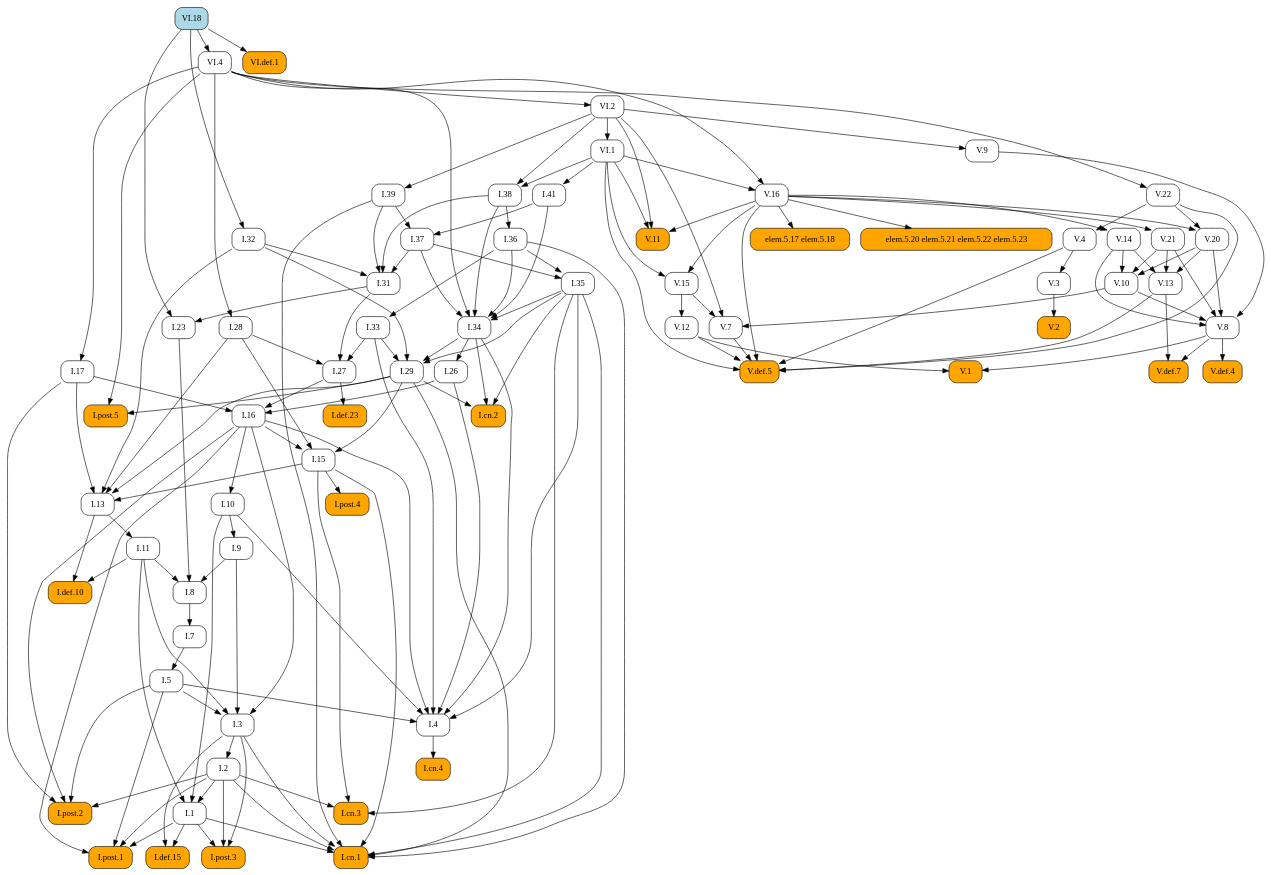
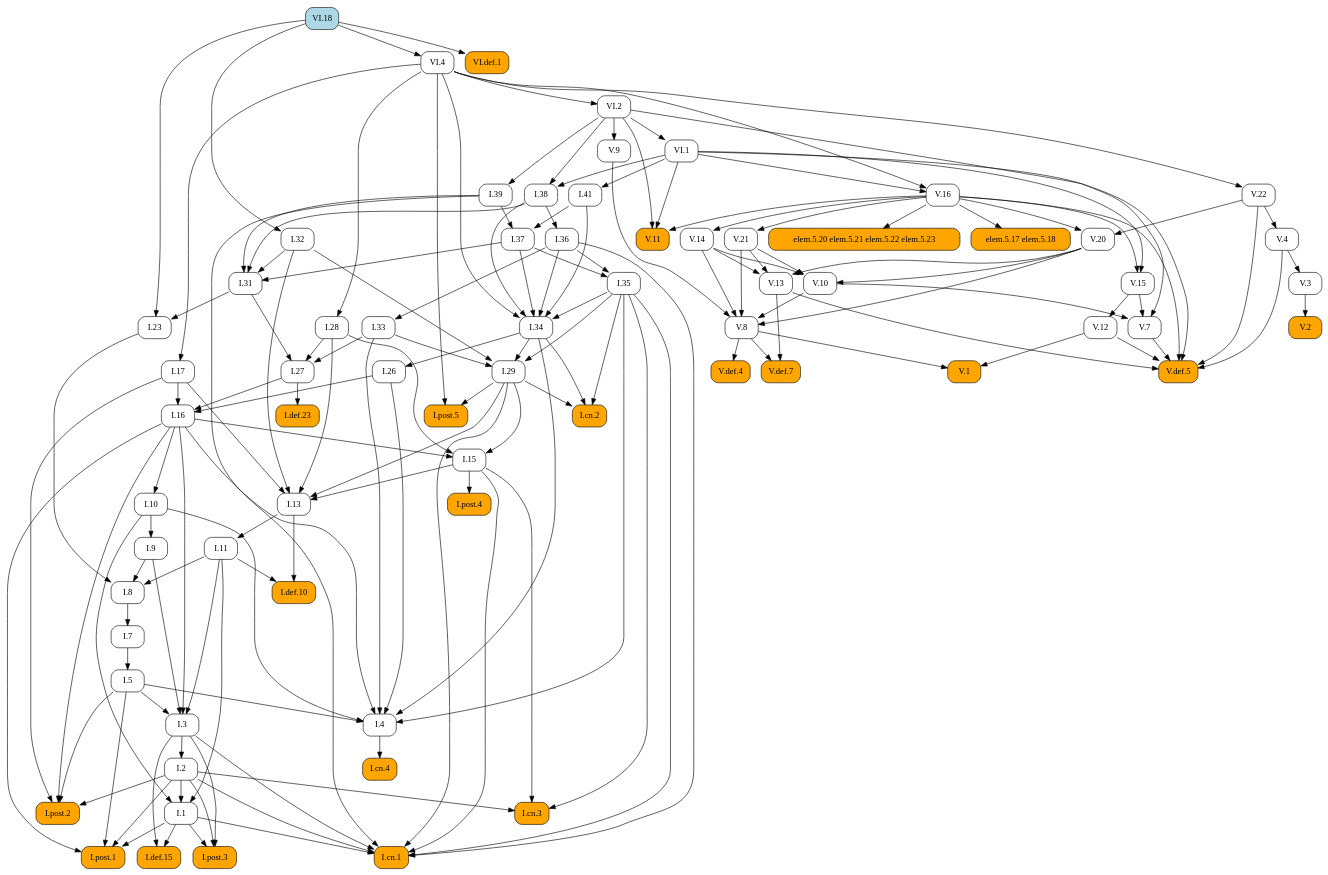
The diagram in docsrc/elements2/VI/18/index.rst (geometor/elements), drawn with Graphviz before and after one commit. The commit also changed other lines of this file and 409 other files, not shown here.

First line of the commit message:
feat: Add image cropping and graphic extraction script

```diff
--- a/docsrc/elements2/VI/18/index.rst
+++ b/docsrc/elements2/VI/18/index.rst
@@ -87,191 +87,95 @@
    digraph {
      rankdir="TB";
      node [shape=box, style=rounded];
+     "I.31" [URL="/elements2/I/31/", target="_top"];
+     "I.41" [URL="/elements2/I/41/", target="_top"];
      "I.8" [URL="/elements2/I/8/", target="_top"];
-     "V.20" [URL="/elements2/V/20/", target="_top"];
+     "V.10" [URL="/elements2/V/10/", target="_top"];
+     "I.15" [URL="/elements2/I/15/", target="_top"];
+     "VI.1" [URL="/elements2/VI/1/", target="_top"];
+     "V.8" [URL="/elements2/V/8/", target="_top"];
+     "I.26" [URL="/elements2/I/26/", target="_top"];
+     "I.cn.1" [style="rounded,filled", fillcolor=orange, URL="/elements2/I/cn.1/", target="_top"];
+     "elem.5.20 elem.5.21 elem.5.22 elem.5.23" [style="rounded,filled", fillcolor=orange];
+     "I.28" [URL="/elements2/I/28/", target="_top"];
+     "V.def.5" [style="rounded,filled", fillcolor=orange, URL="/elements2/V/def.5/", target="_top"];
+     "I.16" [URL="/elements2/I/16/", target="_top"];
+     "I.35" [URL="/elements2/I/35/", target="_top"];
+     "I.34" [URL="/elements2/I/34/", target="_top"];
+     "VI.18" [style="rounded,filled", fillcolor=lightblue, URL="/elements2/VI/18/", target="_top"];
+     "VI.4" [URL="/elements2/VI/4/", target="_top"];
+     "I.33" [URL="/elements2/I/33/", target="_top"];
+     "V.15" [URL="/elements2/V/15/", target="_top"];
+     "V.4" [URL="/elements2/V/4/", target="_top"];
+     "V.14" [URL="/elements2/V/14/", target="_top"];
+     "elem.5.17 elem.5.18" [style="rounded,filled", fillcolor=orange];
+     "V.3" [URL="/elements2/V/3/", target="_top"];
+     "I.def.15" [style="rounded,filled", fillcolor=orange, URL="/elements2/I/def.15/", target="_top"];
+     "I.11" [URL="/elements2/I/11/", target="_top"];
+     "V.11" [style="rounded,filled", fillcolor=orange, URL="/elements2/V/11/", target="_top"];
+     "I.cn.3" [style="rounded,filled", fillcolor=orange, URL="/elements2/I/cn.3/", target="_top"];
+     "I.9" [URL="/elements2/I/9/", target="_top"];
+     "I.29" [URL="/elements2/I/29/", target="_top"];
+     "V.13" [URL="/elements2/V/13/", target="_top"];
      "I.36" [URL="/elements2/I/36/", target="_top"];
-     "V.def.5" [style="rounded,filled", fillcolor=orange, URL="/elements2/V/def.5/", target="_top"];
-     "I.38" [URL="/elements2/I/38/", target="_top"];
-     "I.post.5" [style="rounded,filled", fillcolor=orange, URL="/elements2/I/post.5/", target="_top"];
-     "I.def.10" [style="rounded,filled", fillcolor=orange, URL="/elements2/I/def.10/", target="_top"];
-     "I.cn.2" [style="rounded,filled", fillcolor=orange, URL="/elements2/I/cn.2/", target="_top"];
-     "I.31" [URL="/elements2/I/31/", target="_top"];
-     "I.post.2" [style="rounded,filled", fillcolor=orange, URL="/elements2/I/post.2/", target="_top"];
-     "I.def.23" [style="rounded,filled", fillcolor=orange, URL="/elements2/I/def.23/", target="_top"];
-     "I.26" [URL="/elements2/I/26/", target="_top"];
-     "V.3" [URL="/elements2/V/3/", target="_top"];
-     "I.cn.3" [style="rounded,filled", fillcolor=orange, URL="/elements2/I/cn.3/", target="_top"];
-     "V.2" [style="rounded,filled", fillcolor=orange, URL="/elements2/V/2/", target="_top"];
-     "V.12" [URL="/elements2/V/12/", target="_top"];
-     "V.22" [URL="/elements2/V/22/", target="_top"];
-     "VI.18" [style="rounded,filled", fillcolor=lightblue, URL="/elements2/VI/18/", target="_top"];
-     "I.35" [URL="/elements2/I/35/", target="_top"];
-     "I.41" [URL="/elements2/I/41/", target="_top"];
-     "I.28" [URL="/elements2/I/28/", target="_top"];
-     "I.27" [URL="/elements2/I/27/", target="_top"];
-     "I.4" [URL="/elements2/I/4/", target="_top"];
-     "V.8" [URL="/elements2/V/8/", target="_top"];
-     "VI.2" [URL="/elements2/VI/2/", target="_top"];
-     "I.39" [URL="/elements2/I/39/", target="_top"];
-     "I.15" [URL="/elements2/I/15/", target="_top"];
-     "I.34" [URL="/elements2/I/34/", target="_top"];
-     "I.post.3" [style="rounded,filled", fillcolor=orange, URL="/elements2/I/post.3/", target="_top"];
-     "I.32" [URL="/elements2/I/32/", target="_top"];
      "I.post.1" [style="rounded,filled", fillcolor=orange, URL="/elements2/I/post.1/", target="_top"];
      "V.def.4" [style="rounded,filled", fillcolor=orange, URL="/elements2/V/def.4/", target="_top"];
-     "I.33" [URL="/elements2/I/33/", target="_top"];
+     "VI.2" [URL="/elements2/VI/2/", target="_top"];
+     "I.27" [URL="/elements2/I/27/", target="_top"];
+     "V.1" [style="rounded,filled", fillcolor=orange, URL="/elements2/V/1/", target="_top"];
+     "I.cn.4" [style="rounded,filled", fillcolor=orange, URL="/elements2/I/cn.4/", target="_top"];
+     "I.post.4" [style="rounded,filled", fillcolor=orange, URL="/elements2/I/post.4/", target="_top"];
+     "I.cn.2" [style="rounded,filled", fillcolor=orange, URL="/elements2/I/cn.2/", target="_top"];
+     "V.7" [URL="/elements2/V/7/", target="_top"];
+     "I.37" [URL="/elements2/I/37/", target="_top"];
+     "V.21" [URL="/elements2/V/21/", target="_top"];
      "I.5" [URL="/elements2/I/5/", target="_top"];
-     "elem.5.17 elem.5.18" [style="rounded,filled", fillcolor=orange];
-     "VI.1" [URL="/elements2/VI/1/", target="_top"];
-     "V.11" [style="rounded,filled", fillcolor=orange, URL="/elements2/V/11/", target="_top"];
-     "V.13" [URL="/elements2/V/13/", target="_top"];
+     "V.def.7" [style="rounded,filled", fillcolor=orange, URL="/elements2/V/def.7/", target="_top"];
+     "I.17" [URL="/elements2/I/17/", target="_top"];
+     "V.12" [URL="/elements2/V/12/", target="_top"];
+     "I.32" [URL="/elements2/I/32/", target="_top"];
+     "I.7" [URL="/elements2/I/7/", target="_top"];
+     "I.23" [URL="/elements2/I/23/", target="_top"];
      "V.9" [URL="/elements2/V/9/", target="_top"];
+     "V.2" [style="rounded,filled", fillcolor=orange, URL="/elements2/V/2/", target="_top"];
+     "I.38" [URL="/elements2/I/38/", target="_top"];
+     "I.def.10" [style="rounded,filled", fillcolor=orange, URL="/elements2/I/def.10/", target="_top"];
+     "V.20" [URL="/elements2/V/20/", target="_top"];
+     "I.def.23" [style="rounded,filled", fillcolor=orange, URL="/elements2/I/def.23/", target="_top"];
      "V.16" [URL="/elements2/V/16/", target="_top"];
-     "I.def.15" [style="rounded,filled", fillcolor=orange, URL="/elements2/I/def.15/", target="_top"];
-     "V.15" [URL="/elements2/V/15/", target="_top"];
-     "I.11" [URL="/elements2/I/11/", target="_top"];
+     "I.post.5" [style="rounded,filled", fillcolor=orange, URL="/elements2/I/post.5/", target="_top"];
      "I.3" [URL="/elements2/I/3/", target="_top"];
-     "V.14" [URL="/elements2/V/14/", target="_top"];
-     "VI.4" [URL="/elements2/VI/4/", target="_top"];
-     "V.10" [URL="/elements2/V/10/", target="_top"];
+     "I.10" [URL="/elements2/I/10/", target="_top"];
+     "I.13" [URL="/elements2/I/13/", target="_top"];
+     "I.4" [URL="/elements2/I/4/", target="_top"];
+     "I.post.3" [style="rounded,filled", fillcolor=orange, URL="/elements2/I/post.3/", target="_top"];
+     "I.39" [URL="/elements2/I/39/", target="_top"];
+     "I.2" [URL="/elements2/I/2/", target="_top"];
+     "VI.def.1" [style="rounded,filled", fillcolor=orange, URL="/elements2/VI/def.1/", target="_top"];
      "I.1" [URL="/elements2/I/1/", target="_top"];
-     "I.cn.4" [style="rounded,filled", fillcolor=orange, URL="/elements2/I/cn.4/", target="_top"];
-     "I.23" [URL="/elements2/I/23/", target="_top"];
-     "I.7" [URL="/elements2/I/7/", target="_top"];
-     "I.17" [URL="/elements2/I/17/", target="_top"];
-     "I.9" [URL="/elements2/I/9/", target="_top"];
-     "V.7" [URL="/elements2/V/7/", target="_top"];
-     "I.cn.1" [style="rounded,filled", fillcolor=orange, URL="/elements2/I/cn.1/", target="_top"];
-     "I.29" [URL="/elements2/I/29/", target="_top"];
-     "I.16" [URL="/elements2/I/16/", target="_top"];
-     "V.21" [URL="/elements2/V/21/", target="_top"];
-     "I.13" [URL="/elements2/I/13/", target="_top"];
-     "elem.5.20 elem.5.21 elem.5.22 elem.5.23" [style="rounded,filled", fillcolor=orange];
-     "I.post.4" [style="rounded,filled", fillcolor=orange, URL="/elements2/I/post.4/", target="_top"];
-     "V.1" [style="rounded,filled", fillcolor=orange, URL="/elements2/V/1/", target="_top"];
-     "VI.def.1" [style="rounded,filled", fillcolor=orange, URL="/elements2/VI/def.1/", target="_top"];
-     "I.2" [URL="/elements2/I/2/", target="_top"];
-     "I.37" [URL="/elements2/I/37/", target="_top"];
-     "I.10" [URL="/elements2/I/10/", target="_top"];
-     "V.def.7" [style="rounded,filled", fillcolor=orange, URL="/elements2/V/def.7/", target="_top"];
-     "V.4" [URL="/elements2/V/4/", target="_top"];
-     "I.9" -> "I.8";
-     "I.11" -> "I.8";
-     "I.23" -> "I.8";
-     "V.16" -> "V.20";
-     "V.22" -> "V.20";
-     "I.38" -> "I.36";
-     "V.4" -> "V.def.5";
-     "V.7" -> "V.def.5";
-     "V.12" -> "V.def.5";
-     "V.13" -> "V.def.5";
-     "V.16" -> "V.def.5";
-     "V.22" -> "V.def.5";
-     "VI.1" -> "V.def.5";
-     "VI.1" -> "I.38";
-     "VI.2" -> "I.38";
-     "I.29" -> "I.post.5";
-     "VI.4" -> "I.post.5";
-     "I.11" -> "I.def.10";
-     "I.13" -> "I.def.10";
-     "I.29" -> "I.cn.2";
-     "I.34" -> "I.cn.2";
-     "I.35" -> "I.cn.2";
+     "I.post.2" [style="rounded,filled", fillcolor=orange, URL="/elements2/I/post.2/", target="_top"];
+     "V.22" [URL="/elements2/V/22/", target="_top"];
      "I.32" -> "I.31";
      "I.37" -> "I.31";
      "I.38" -> "I.31";
      "I.39" -> "I.31";
-     "I.2" -> "I.post.2";
-     "I.5" -> "I.post.2";
-     "I.16" -> "I.post.2";
-     "I.17" -> "I.post.2";
-     "I.27" -> "I.def.23";
-     "I.34" -> "I.26";
-     "V.4" -> "V.3";
-     "I.2" -> "I.cn.3";
-     "I.15" -> "I.cn.3";
-     "I.35" -> "I.cn.3";
-     "V.3" -> "V.2";
-     "V.15" -> "V.12";
-     "VI.4" -> "V.22";
-     "I.36" -> "I.35";
-     "I.37" -> "I.35";
      "VI.1" -> "I.41";
-     "VI.4" -> "I.28";
-     "I.28" -> "I.27";
-     "I.31" -> "I.27";
-     "I.33" -> "I.27";
-     "I.5" -> "I.4";
-     "I.10" -> "I.4";
-     "I.16" -> "I.4";
-     "I.26" -> "I.4";
-     "I.33" -> "I.4";
-     "I.34" -> "I.4";
-     "I.35" -> "I.4";
+     "I.9" -> "I.8";
+     "I.11" -> "I.8";
+     "I.23" -> "I.8";
+     "V.14" -> "V.10";
+     "V.20" -> "V.10";
+     "V.21" -> "V.10";
+     "I.16" -> "I.15";
+     "I.28" -> "I.15";
+     "I.29" -> "I.15";
+     "VI.2" -> "VI.1";
      "V.9" -> "V.8";
      "V.10" -> "V.8";
      "V.14" -> "V.8";
      "V.20" -> "V.8";
      "V.21" -> "V.8";
-     "VI.4" -> "VI.2";
-     "VI.2" -> "I.39";
-     "I.16" -> "I.15";
-     "I.28" -> "I.15";
-     "I.29" -> "I.15";
-     "I.35" -> "I.34";
-     "I.36" -> "I.34";
-     "I.37" -> "I.34";
-     "I.38" -> "I.34";
-     "I.41" -> "I.34";
-     "VI.4" -> "I.34";
-     "I.1" -> "I.post.3";
-     "I.2" -> "I.post.3";
-     "I.3" -> "I.post.3";
-     "VI.18" -> "I.32";
-     "I.1" -> "I.post.1";
-     "I.2" -> "I.post.1";
-     "I.5" -> "I.post.1";
-     "I.16" -> "I.post.1";
-     "V.8" -> "V.def.4";
-     "I.36" -> "I.33";
-     "I.7" -> "I.5";
-     "V.16" -> "elem.5.17 elem.5.18";
-     "VI.2" -> "VI.1";
-     "V.16" -> "V.11";
-     "VI.1" -> "V.11";
-     "VI.2" -> "V.11";
-     "V.14" -> "V.13";
-     "V.20" -> "V.13";
-     "V.21" -> "V.13";
-     "VI.2" -> "V.9";
-     "VI.1" -> "V.16";
-     "VI.4" -> "V.16";
-     "I.1" -> "I.def.15";
-     "I.3" -> "I.def.15";
-     "V.16" -> "V.15";
-     "VI.1" -> "V.15";
-     "I.13" -> "I.11";
-     "I.5" -> "I.3";
-     "I.9" -> "I.3";
-     "I.11" -> "I.3";
-     "I.16" -> "I.3";
-     "V.16" -> "V.14";
-     "VI.18" -> "VI.4";
-     "V.14" -> "V.10";
-     "V.20" -> "V.10";
-     "V.21" -> "V.10";
-     "I.2" -> "I.1";
-     "I.10" -> "I.1";
-     "I.11" -> "I.1";
-     "I.4" -> "I.cn.4";
-     "I.31" -> "I.23";
-     "VI.18" -> "I.23";
-     "I.8" -> "I.7";
-     "VI.4" -> "I.17";
-     "I.10" -> "I.9";
-     "V.10" -> "V.7";
-     "V.15" -> "V.7";
-     "VI.2" -> "V.7";
+     "I.34" -> "I.26";
      "I.1" -> "I.cn.1";
      "I.2" -> "I.cn.1";
      "I.3" -> "I.cn.1";
@@ -280,29 +184,125 @@
      "I.35" -> "I.cn.1";
      "I.36" -> "I.cn.1";
      "I.39" -> "I.cn.1";
+     "V.16" -> "elem.5.20 elem.5.21 elem.5.22 elem.5.23";
+     "VI.4" -> "I.28";
+     "V.4" -> "V.def.5";
+     "V.7" -> "V.def.5";
+     "V.12" -> "V.def.5";
+     "V.13" -> "V.def.5";
+     "V.16" -> "V.def.5";
+     "V.22" -> "V.def.5";
+     "VI.1" -> "V.def.5";
+     "I.17" -> "I.16";
+     "I.26" -> "I.16";
+     "I.27" -> "I.16";
+     "I.36" -> "I.35";
+     "I.37" -> "I.35";
+     "I.35" -> "I.34";
+     "I.36" -> "I.34";
+     "I.37" -> "I.34";
+     "I.38" -> "I.34";
+     "I.41" -> "I.34";
+     "VI.4" -> "I.34";
+     "VI.18" -> "VI.4";
+     "I.36" -> "I.33";
+     "V.16" -> "V.15";
+     "VI.1" -> "V.15";
+     "V.22" -> "V.4";
+     "V.16" -> "V.14";
+     "V.16" -> "elem.5.17 elem.5.18";
+     "V.4" -> "V.3";
+     "I.1" -> "I.def.15";
+     "I.3" -> "I.def.15";
+     "I.13" -> "I.11";
+     "V.16" -> "V.11";
+     "VI.1" -> "V.11";
+     "VI.2" -> "V.11";
+     "I.2" -> "I.cn.3";
+     "I.15" -> "I.cn.3";
+     "I.35" -> "I.cn.3";
+     "I.10" -> "I.9";
      "I.32" -> "I.29";
      "I.33" -> "I.29";
      "I.34" -> "I.29";
      "I.35" -> "I.29";
-     "I.17" -> "I.16";
-     "I.26" -> "I.16";
-     "I.27" -> "I.16";
+     "V.14" -> "V.13";
+     "V.20" -> "V.13";
+     "V.21" -> "V.13";
+     "I.38" -> "I.36";
+     "I.1" -> "I.post.1";
+     "I.2" -> "I.post.1";
+     "I.5" -> "I.post.1";
+     "I.16" -> "I.post.1";
+     "V.8" -> "V.def.4";
+     "VI.4" -> "VI.2";
+     "I.28" -> "I.27";
+     "I.31" -> "I.27";
+     "I.33" -> "I.27";
+     "V.8" -> "V.1";
+     "V.12" -> "V.1";
+     "I.4" -> "I.cn.4";
+     "I.15" -> "I.post.4";
+     "I.29" -> "I.cn.2";
+     "I.34" -> "I.cn.2";
+     "I.35" -> "I.cn.2";
+     "V.10" -> "V.7";
+     "V.15" -> "V.7";
+     "VI.2" -> "V.7";
+     "I.39" -> "I.37";
+     "I.41" -> "I.37";
      "V.16" -> "V.21";
+     "I.7" -> "I.5";
+     "V.8" -> "V.def.7";
+     "V.13" -> "V.def.7";
+     "VI.4" -> "I.17";
+     "V.15" -> "V.12";
+     "VI.18" -> "I.32";
+     "I.8" -> "I.7";
+     "I.31" -> "I.23";
+     "VI.18" -> "I.23";
+     "VI.2" -> "V.9";
+     "V.3" -> "V.2";
+     "VI.1" -> "I.38";
+     "VI.2" -> "I.38";
+     "I.11" -> "I.def.10";
+     "I.13" -> "I.def.10";
+     "V.16" -> "V.20";
+     "V.22" -> "V.20";
+     "I.27" -> "I.def.23";
+     "VI.1" -> "V.16";
+     "VI.4" -> "V.16";
+     "I.29" -> "I.post.5";
+     "VI.4" -> "I.post.5";
+     "I.5" -> "I.3";
+     "I.9" -> "I.3";
+     "I.11" -> "I.3";
+     "I.16" -> "I.3";
+     "I.16" -> "I.10";
      "I.15" -> "I.13";
      "I.17" -> "I.13";
      "I.28" -> "I.13";
      "I.29" -> "I.13";
      "I.32" -> "I.13";
-     "V.16" -> "elem.5.20 elem.5.21 elem.5.22 elem.5.23";
-     "I.15" -> "I.post.4";
-     "V.8" -> "V.1";
-     "V.12" -> "V.1";
+     "I.5" -> "I.4";
+     "I.10" -> "I.4";
+     "I.16" -> "I.4";
+     "I.26" -> "I.4";
+     "I.33" -> "I.4";
+     "I.34" -> "I.4";
+     "I.35" -> "I.4";
+     "I.1" -> "I.post.3";
+     "I.2" -> "I.post.3";
+     "I.3" -> "I.post.3";
+     "VI.2" -> "I.39";
+     "I.3" -> "I.2";
      "VI.18" -> "VI.def.1";
-     "I.3" -> "I.2";
-     "I.39" -> "I.37";
-     "I.41" -> "I.37";
-     "I.16" -> "I.10";
-     "V.8" -> "V.def.7";
-     "V.13" -> "V.def.7";
-     "V.22" -> "V.4";
+     "I.2" -> "I.1";
+     "I.10" -> "I.1";
+     "I.11" -> "I.1";
+     "I.2" -> "I.post.2";
+     "I.5" -> "I.post.2";
+     "I.16" -> "I.post.2";
+     "I.17" -> "I.post.2";
+     "VI.4" -> "V.22";
    }
```
